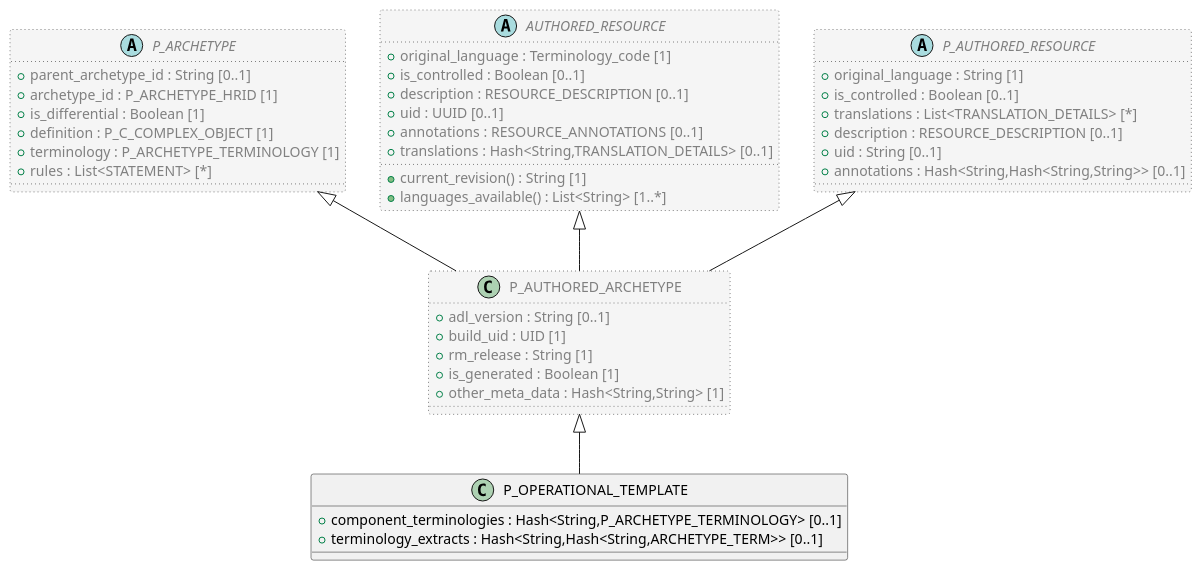
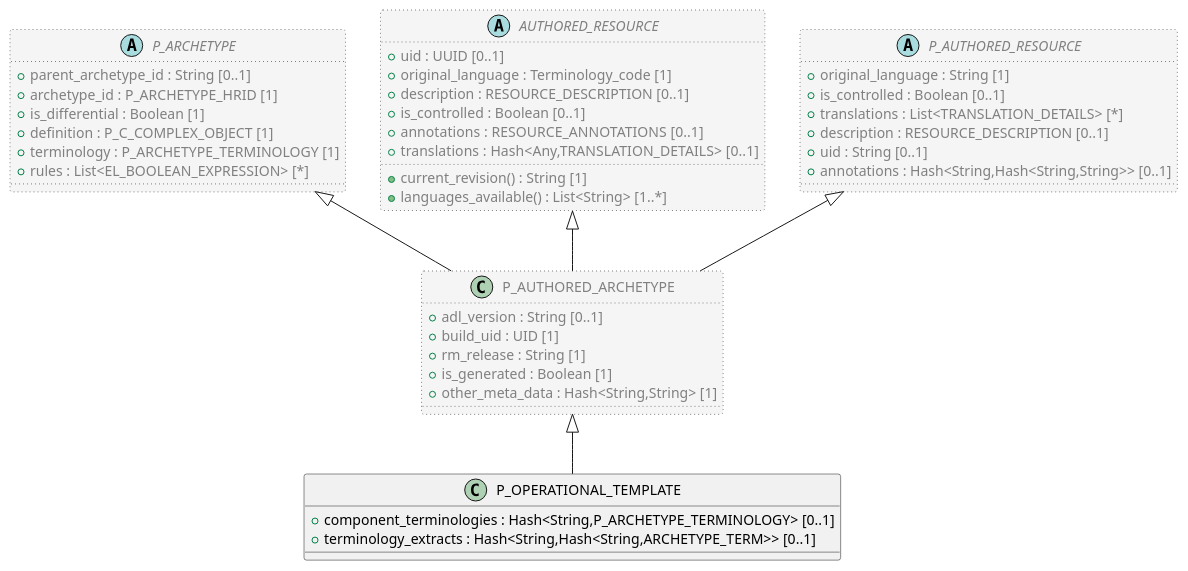
One commit to sebastian-iancu/code-generator changed the diagram in code/Adoc/openehr_am_2.4.0/plantUML/classes/org.openehr.am.aom2.p_operational_template.adoc. Above: the diagram before and after it, drawn with PlantUML. The commit also changed 719 other files, not shown here.

```diff
--- a/code/Adoc/openehr_am_2.4.0/plantUML/classes/org.openehr.am.aom2.p_operational_template.adoc
+++ b/code/Adoc/openehr_am_2.4.0/plantUML/classes/org.openehr.am.aom2.p_operational_template.adoc
@@ -1,57 +1,57 @@
 [plantuml,P_OPERATIONAL_TEMPLATE,format=svg,svg-type="inline"]
 -----
 @startuml
 
 class P_OPERATIONAL_TEMPLATE {
   + component_terminologies : Hash<String,P_ARCHETYPE_TERMINOLOGY> [0..1]
   + terminology_extracts : Hash<String,Hash<String,ARCHETYPE_TERM>> [0..1]
 }
 
 class P_AUTHORED_ARCHETYPE  #whitesmoke;line:gray;line.dotted;text:gray {
   + adl_version : String [0..1]
   + build_uid : UID [1]
   + rm_release : String [1]
   + is_generated : Boolean [1]
   + other_meta_data : Hash<String,String> [1]
 }
 
 abstract class P_ARCHETYPE  #whitesmoke;line:gray;line.dotted;text:gray {
   + parent_archetype_id : String [0..1]
   + archetype_id : P_ARCHETYPE_HRID [1]
   + is_differential : Boolean [1]
   + definition : P_C_COMPLEX_OBJECT [1]
   + terminology : P_ARCHETYPE_TERMINOLOGY [1]
-  + rules : List<STATEMENT> [*]
+  + rules : List<EL_BOOLEAN_EXPRESSION> [*]
 }
 
 P_ARCHETYPE <|-- P_AUTHORED_ARCHETYPE
 
 abstract class AUTHORED_RESOURCE  #whitesmoke;line:gray;line.dotted;text:gray {
+  + uid : UUID [0..1]
   + original_language : Terminology_code [1]
+  + description : RESOURCE_DESCRIPTION [0..1]
   + is_controlled : Boolean [0..1]
-  + description : RESOURCE_DESCRIPTION [0..1]
-  + uid : UUID [0..1]
   + annotations : RESOURCE_ANNOTATIONS [0..1]
-  + translations : Hash<String,TRANSLATION_DETAILS> [0..1]
+  + translations : Hash<Any,TRANSLATION_DETAILS> [0..1]
   + current_revision() : String [1]
   + languages_available() : List<String> [1..*]
 }
 
 AUTHORED_RESOURCE <|-- P_AUTHORED_ARCHETYPE
 
 abstract class P_AUTHORED_RESOURCE  #whitesmoke;line:gray;line.dotted;text:gray {
   + original_language : String [1]
   + is_controlled : Boolean [0..1]
   + translations : List<TRANSLATION_DETAILS> [*]
   + description : RESOURCE_DESCRIPTION [0..1]
   + uid : String [0..1]
   + annotations : Hash<String,Hash<String,String>> [0..1]
 }
 
 P_AUTHORED_RESOURCE <|-- P_AUTHORED_ARCHETYPE
 
 P_AUTHORED_ARCHETYPE <|-- P_OPERATIONAL_TEMPLATE
 
 
 @enduml
 -----
```
